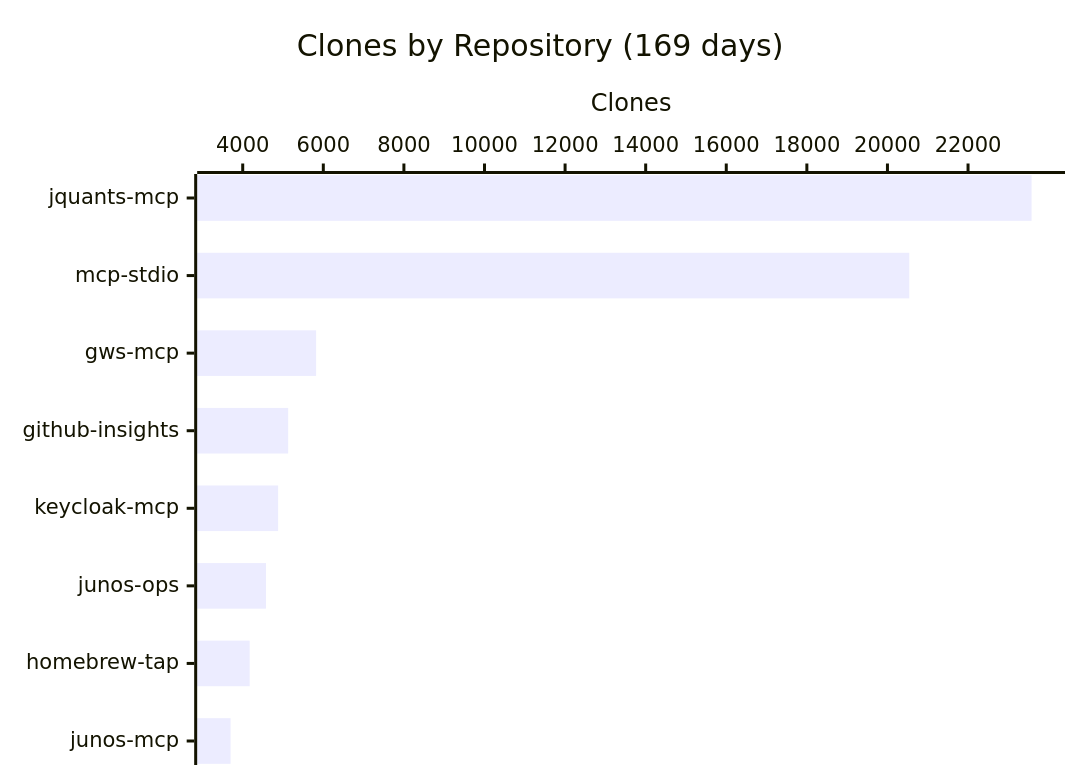
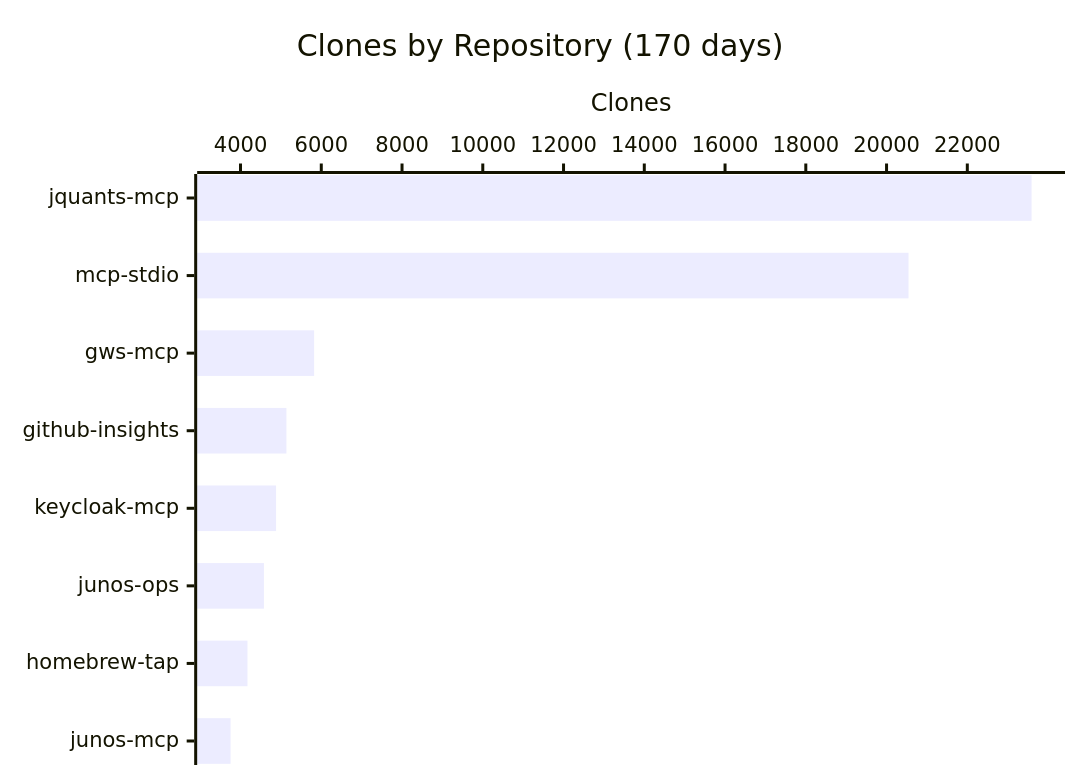
The fourth of 4 diagrams in README.md (shigechika/github-insights), drawn with Mermaid before and after one commit. The commit also changed other lines of this file and 2 other files, not shown here.

````diff
--- a/README.md
+++ b/README.md
@@ -58,7 +58,7 @@
 ```mermaid
 xychart-beta horizontal
-    title "Clones by Repository (169 days)"
+    title "Clones by Repository (170 days)"
     x-axis ["jquants-mcp", "mcp-stdio", "gws-mcp", "github-insights", "keycloak-mcp", "junos-ops", "homebrew-tap", "junos-mcp"]
     y-axis "Clones"
-    bar [23577, 20542, 5821, 5128, 4878, 4577, 4172, 3699]
+    bar [23592, 20544, 5823, 5137, 4880, 4580, 4172, 3754]
 ```
````
